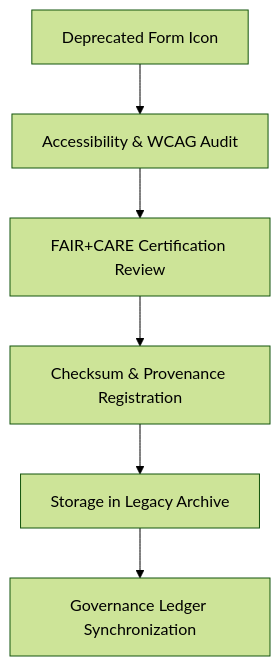
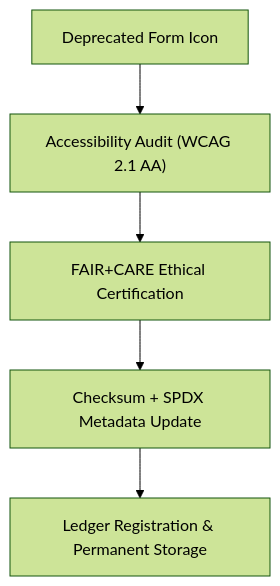
Before and after one commit to bartytime4life/Kansas-Frontier-Matrix: the diagram in web/public/icons/legacy/app/forms/README.md, drawn with Mermaid (forest theme). The commit also changed other lines of this file, not shown here.

````diff
--- a/web/public/icons/legacy/app/forms/README.md
+++ b/web/public/icons/legacy/app/forms/README.md
@@ -65,8 +56,7 @@
 ```mermaid
 flowchart TD
-    A["Deprecated Form Icon"] --> B["Accessibility & WCAG Audit"]
-    B --> C["FAIR+CARE Certification Review"]
-    C --> D["Checksum & Provenance Registration"]
-    D --> E["Storage in Legacy Archive"]
-    E --> F["Governance Ledger Synchronization"]
+A["Deprecated Form Icon"] --> B["Accessibility Audit (WCAG 2.1 AA)"]
+B --> C["FAIR+CARE Ethical Certification"]
+C --> D["Checksum + SPDX Metadata Update"]
+D --> E["Ledger Registration & Permanent Storage"]
 ```
````
